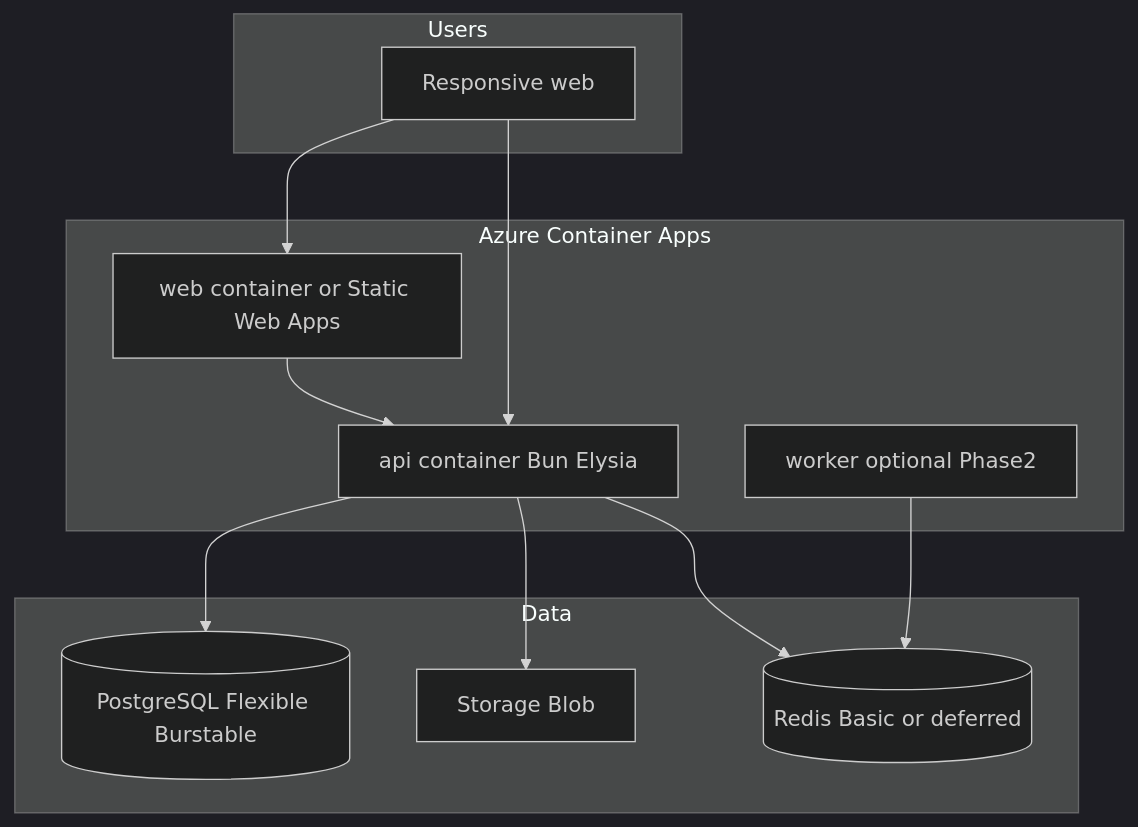
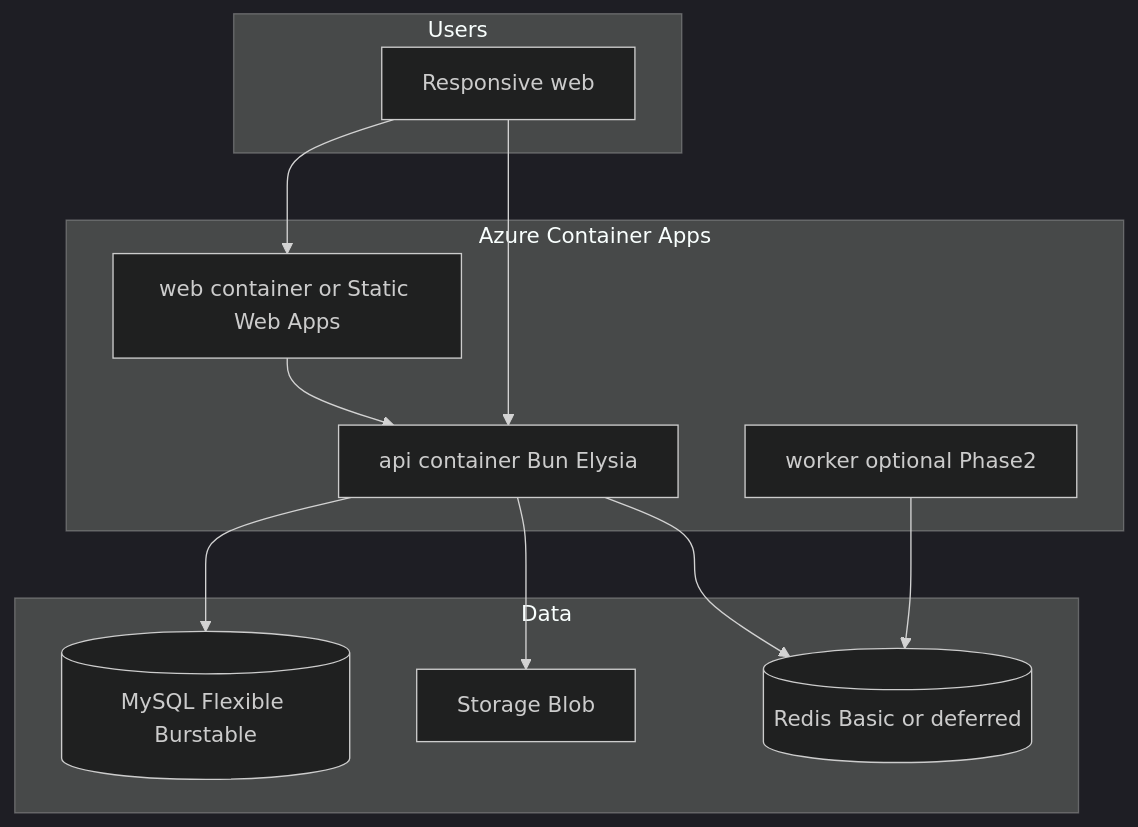
Before and after one commit to engineersbay/society-hub: the diagram in devops/README.md, drawn with Mermaid (dark theme). The commit also changed other lines of this file and 10 other files, not shown here.

````diff
--- a/devops/README.md
+++ b/devops/README.md
@@ -43,26 +43,26 @@
 ```mermaid
 flowchart TB
   subgraph users [Users]
     Browser[Responsive web]
   end
 
   subgraph aca [Azure Container Apps]
     Web["web container or Static Web Apps"]
     API["api container Bun Elysia"]
     Worker["worker optional Phase2"]
   end
 
   subgraph data [Data]
-    PG[(PostgreSQL Flexible Burstable)]
+    MySQL[(MySQL Flexible Burstable)]
     Redis[(Redis Basic or deferred)]
     Blob[Storage Blob]
   end
 
   Browser --> Web
   Browser --> API
   Web --> API
-  API --> PG
+  API --> MySQL
   API --> Blob
   API --> Redis
   Worker --> Redis
 ```
````
